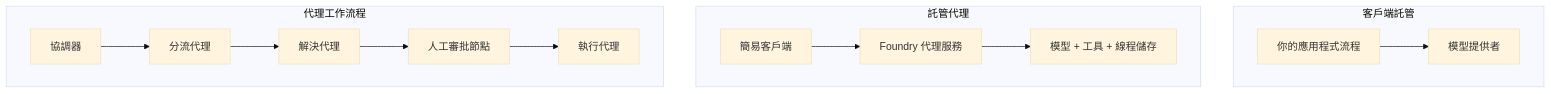
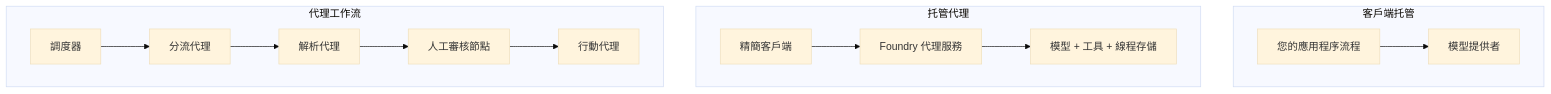
One commit to gabrielmoreira/agent-skills-mirror changed the first of 4 diagrams in mirrors/repos/microsoft@ai-agents-for-beginners/translations/zh-HK/16-deploying-scalable-agents/README.md. Above: the diagram before and after it, drawn with Mermaid (base theme). The commit also changed other lines of this file and 3581 other files, not shown here.

````diff
--- a/mirrors/repos/microsoft@ai-agents-for-beginners/translations/zh-HK/16-deploying-scalable-agents/README.md
+++ b/mirrors/repos/microsoft@ai-agents-for-beginners/translations/zh-HK/16-deploying-scalable-agents/README.md
@@ -87,16 +87,16 @@
 ```mermaid
 flowchart TB
-    subgraph P1[客戶端託管]
-        A1[你的應用程式流程] --> M1[模型提供者]
+    subgraph P1[客戶端托管]
+        A1[您的應用程序流程] --> M1[模型提供者]
     end
-    subgraph P2[託管代理]
-        A2[簡易客戶端] --> F2[Foundry 代理服務]
-        F2 --> M2[模型 + 工具 + 線程儲存]
+    subgraph P2[托管代理]
+        A2[精簡客戶端] --> F2[Foundry 代理服務]
+        F2 --> M2[模型 + 工具 + 線程存儲]
     end
-    subgraph P3[代理工作流程]
-        A3[協調器] --> S1[分流代理]
-        S1 --> S2[解決代理]
-        S2 --> H[人工審批節點]
-        H --> S3[執行代理]
+    subgraph P3[代理工作流]
+        A3[調度器] --> S1[分流代理]
+        S1 --> S2[解析代理]
+        S2 --> H[人工審核節點]
+        H --> S3[行動代理]
     end
 ```
````
